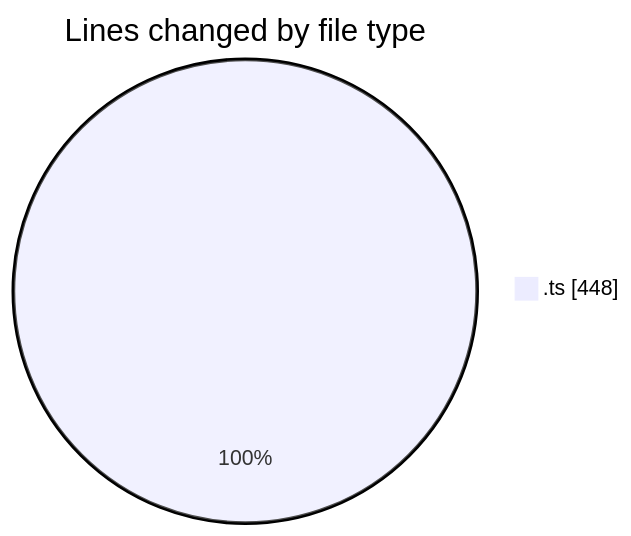
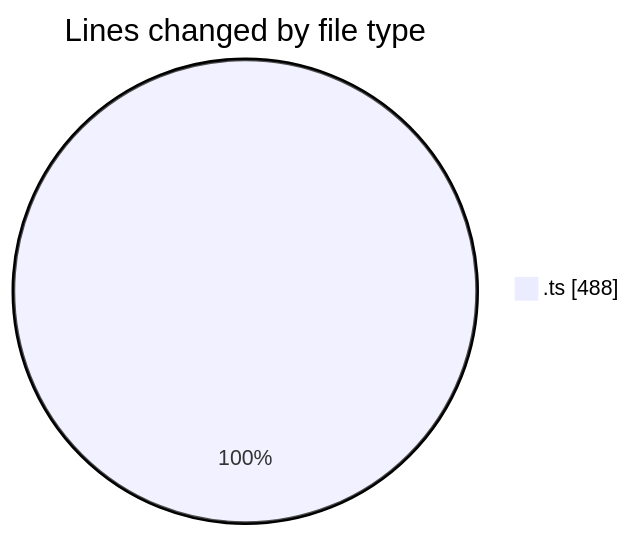
One commit to momahboobian/code-tracking changed the first of 2 diagrams in 2025-08-07/cda/README.md. Above: the diagram before and after it, drawn with Mermaid. The commit also changed other lines of this file and 1 other file, not shown here.

````diff
--- a/2025-08-07/cda/README.md
+++ b/2025-08-07/cda/README.md
@@ -20,5 +20,5 @@
 ```mermaid
 pie showData
 title Lines changed by file type
-".ts" : 448
+".ts" : 488
 ```
````
